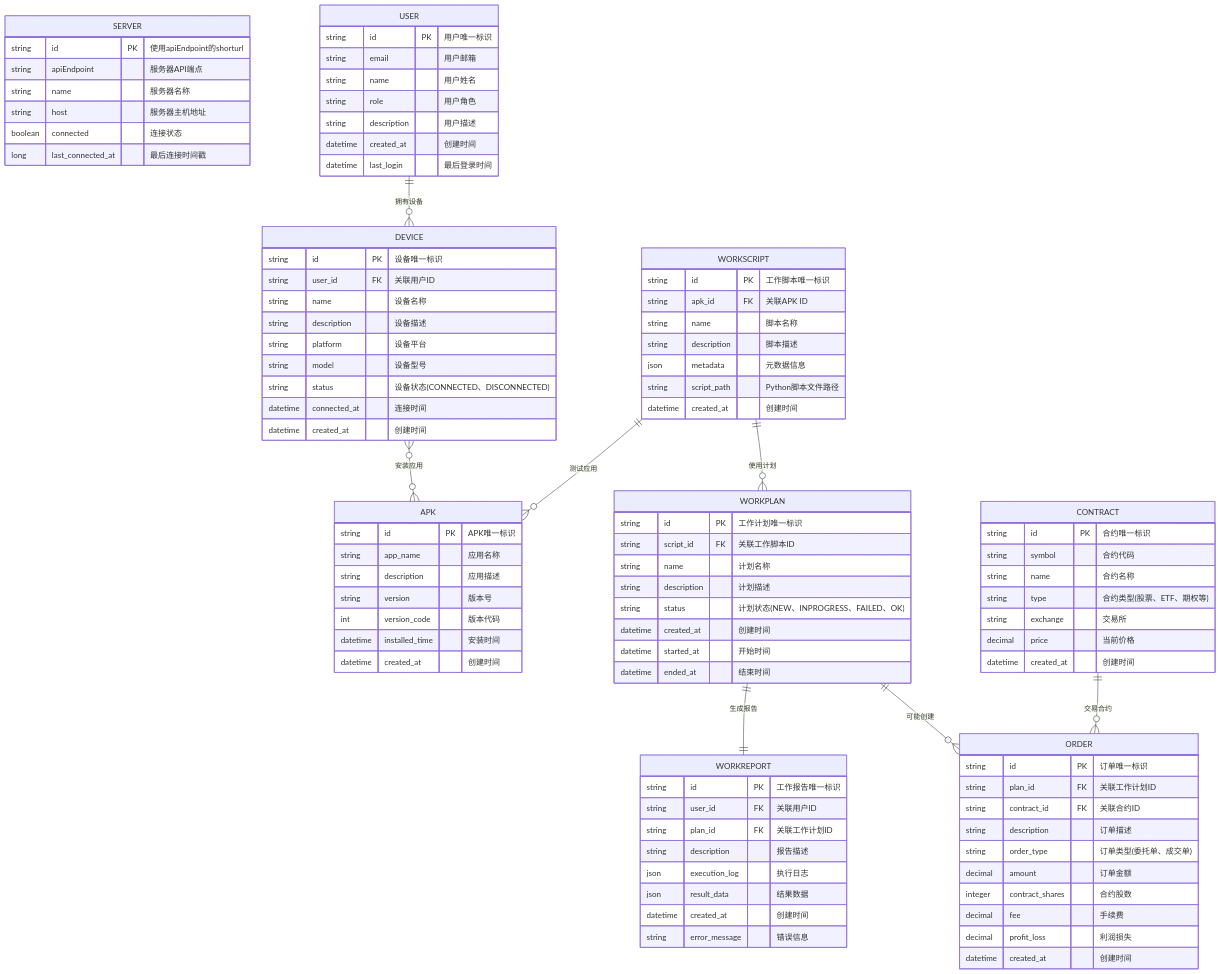
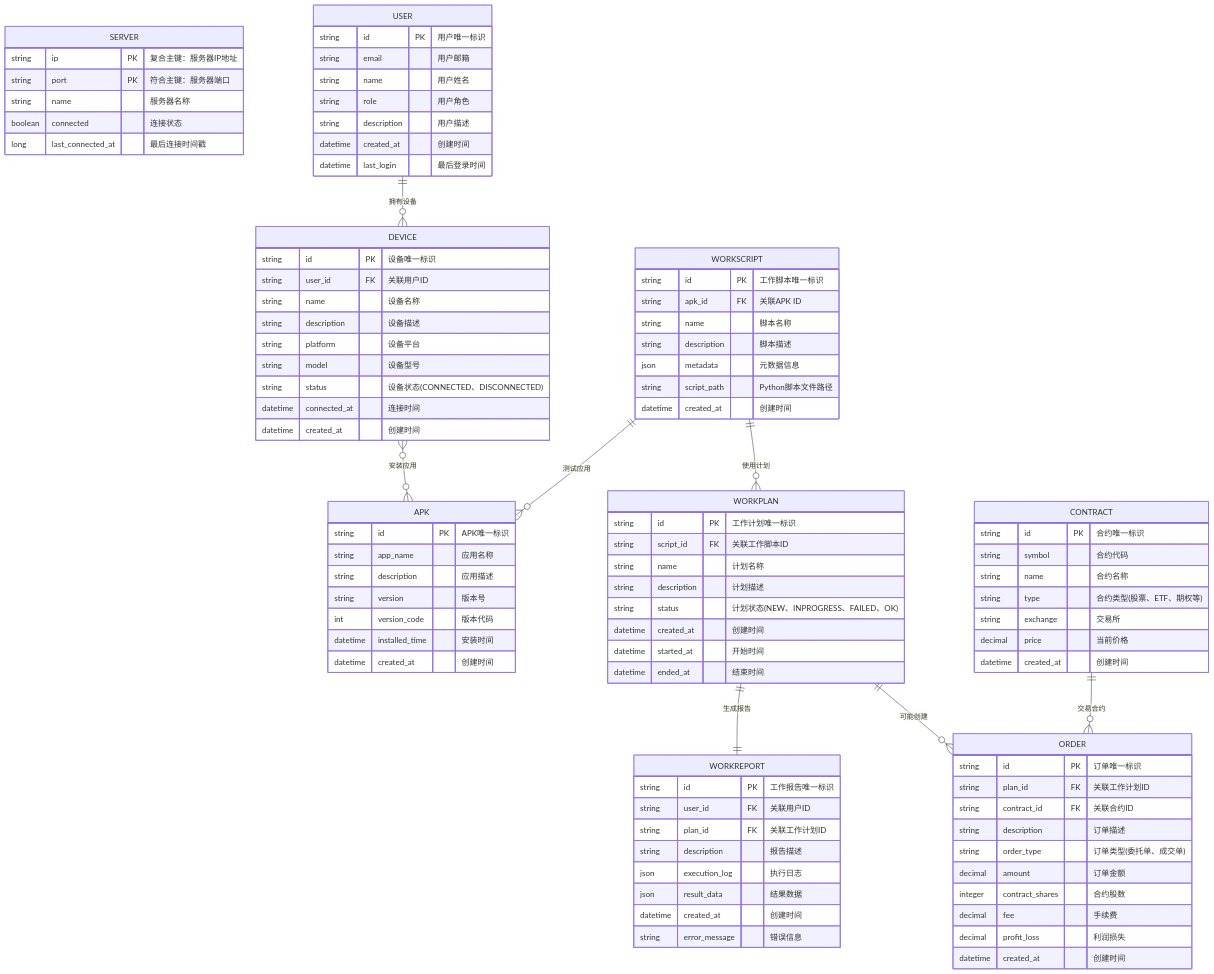
The sixth of 23 diagrams in autodroid-trader-app/docs/DESIGN.md (terminail/autodroid), drawn with Mermaid before and after one commit. The commit also changed 17 other files, not shown here.

First line of the commit message:
Refactor: Remove intermediate Server.kt model and simplify architecture

````diff
--- a/autodroid-trader-app/docs/DESIGN.md
+++ b/autodroid-trader-app/docs/DESIGN.md
@@ -127,10 +127,9 @@
 ```mermaid
 erDiagram
     SERVER {
-        string id PK "使用apiEndpoint的shorturl"
-        string apiEndpoint "服务器API端点"
+        string ip PK "复合主键：服务器IP地址"
+        string port PK "符合主键：服务器端口"
         string name "服务器名称"
-        string host "服务器主机地址"
         boolean connected "连接状态"
         long last_connected_at "最后连接时间戳"
     }
````
